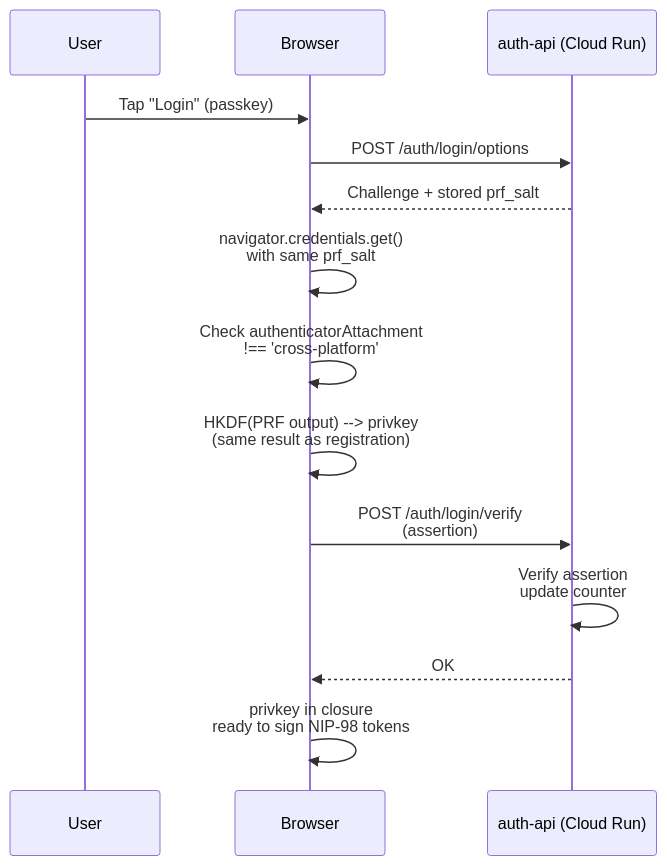
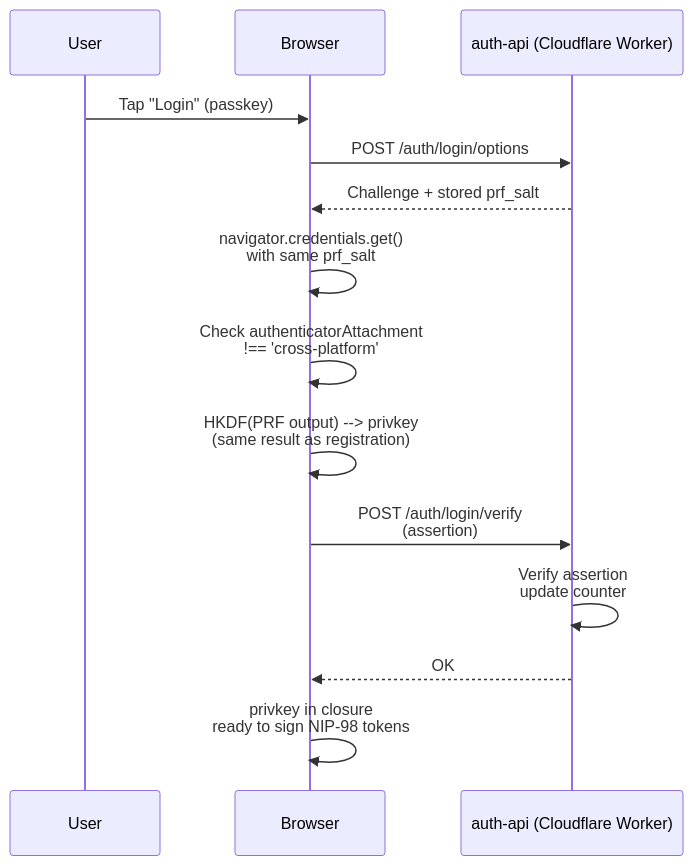
Before and after one commit to DreamLab-AI/dreamlab-ai-website: the fourth of 7 diagrams in docs/architecture.md, drawn with Mermaid. The commit also changed other lines of this file and 30 other files, not shown here.

First line of the commit message:
Overhaul documentation: mermaid diagrams, deprecate GCP refs, fix 12 broken links

````diff
--- a/docs/architecture.md
+++ b/docs/architecture.md
@@ -160,20 +192,20 @@
 ```mermaid
 sequenceDiagram
     participant User
     participant Browser
-    participant AuthAPI as auth-api (Cloud Run)
+    participant AuthAPI as auth-api (Cloudflare Worker)
 
     User->>Browser: Tap "Login" (passkey)
     Browser->>AuthAPI: POST /auth/login/options
     AuthAPI-->>Browser: Challenge + stored prf_salt
 
     Browser->>Browser: navigator.credentials.get()<br/>with same prf_salt
     Browser->>Browser: Check authenticatorAttachment<br/>!== 'cross-platform'
     Browser->>Browser: HKDF(PRF output) --> privkey<br/>(same result as registration)
 
     Browser->>AuthAPI: POST /auth/login/verify<br/>(assertion)
     AuthAPI->>AuthAPI: Verify assertion<br/>update counter
     AuthAPI-->>Browser: OK
 
     Browser->>Browser: privkey in closure<br/>ready to sign NIP-98 tokens
 ```
````
